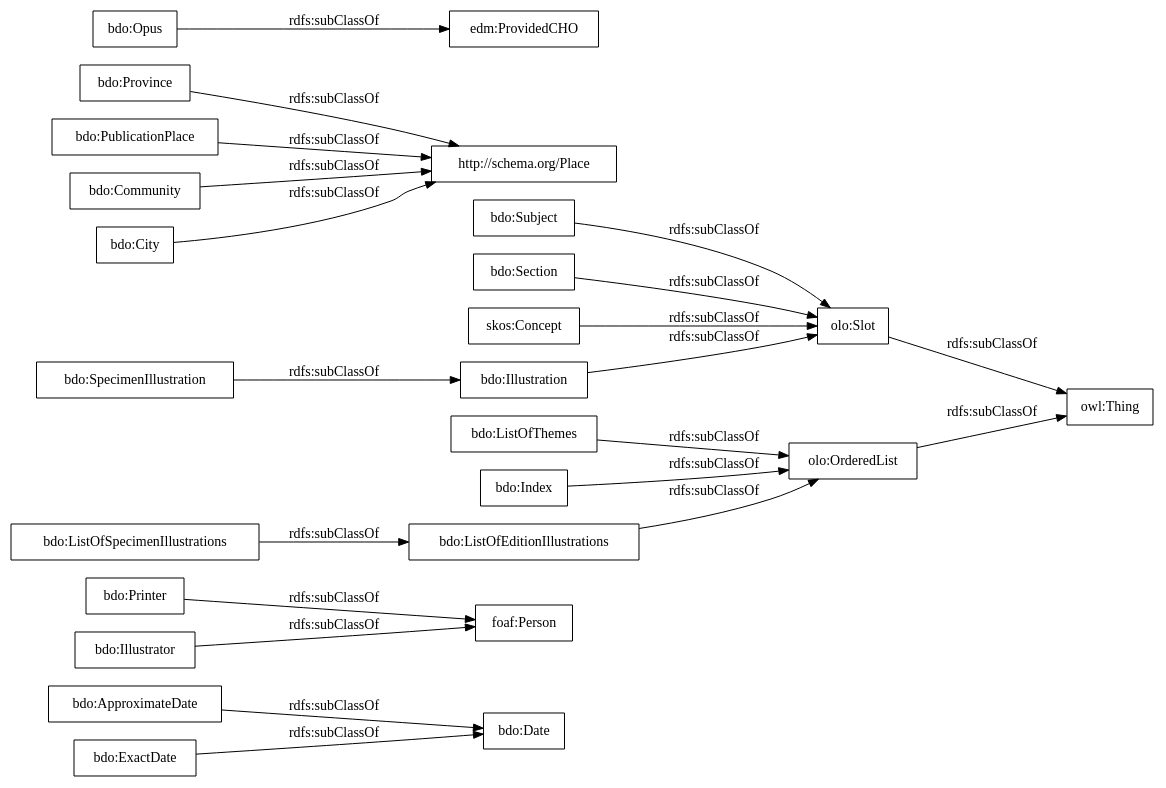
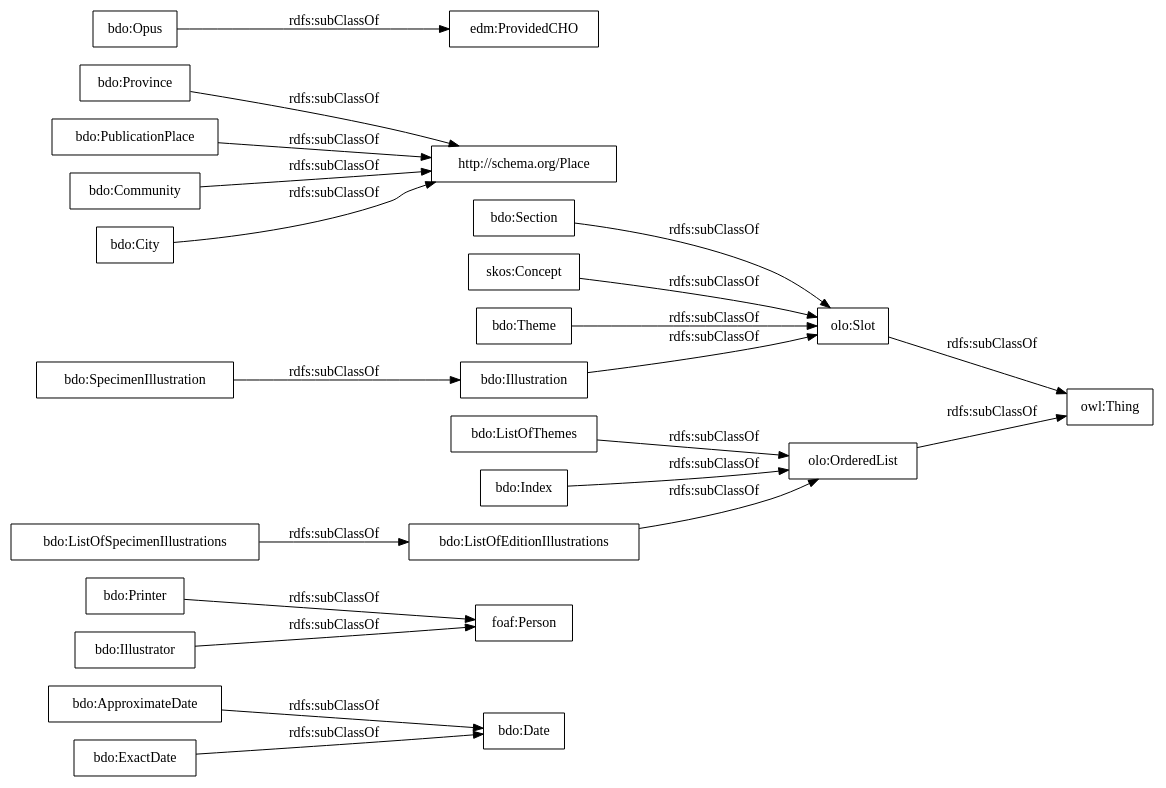
The diagram in OnToology/bdo_ontology.owl/diagrams/ar2dtool-taxonomy/bdo_ontology.owl.png.dot (OnToologyUser/Biblioteca-Digital-Ovidiana), drawn with Graphviz before and after one commit. The commit also changed 11 other files, not shown here.

```diff
--- a/OnToology/bdo_ontology.owl/diagrams/ar2dtool-taxonomy/bdo_ontology.owl.png.dot
+++ b/OnToology/bdo_ontology.owl/diagrams/ar2dtool-taxonomy/bdo_ontology.owl.png.dot
@@ -1,26 +1,26 @@
 digraph ar2dtool_diagram { 
 rankdir=LR;
 size="1000"
-node [shape = rectangle, color="black"]; "bdo:Date" "bdo:Printer" "bdo:ListOfEditionIllustrations" "bdo:ListOfThemes" "bdo:Subject" "bdo:Index" "bdo:Province" "bdo:PublicationPlace" "bdo:ListOfSpecimenIllustrations" "bdo:Illustrator" "bdo:Section" "foaf:Person" "bdo:SpecimenIllustration" "edm:ProvidedCHO" "bdo:ApproximateDate" "bdo:ExactDate" "bdo:Community" "skos:Concept" "bdo:Opus" "bdo:City" "http://schema.org/Place" "bdo:Illustration" "olo:Slot" "olo:OrderedList" ; /*classes style*/
+node [shape = rectangle, color="black"]; "bdo:Date" "bdo:Printer" "bdo:ListOfEditionIllustrations" "bdo:ListOfThemes" "bdo:Index" "bdo:Province" "bdo:PublicationPlace" "bdo:ListOfSpecimenIllustrations" "bdo:Illustrator" "bdo:Section" "foaf:Person" "bdo:SpecimenIllustration" "edm:ProvidedCHO" "bdo:ApproximateDate" "bdo:ExactDate" "bdo:Community" "skos:Concept" "bdo:Opus" "http://schema.org/Place" "bdo:City" "bdo:Theme" "bdo:Illustration" "olo:Slot" "olo:OrderedList" ; /*classes style*/
 	"skos:Concept" -> "olo:Slot" [ label = "rdfs:subClassOf" ];
 	"bdo:ExactDate" -> "bdo:Date" [ label = "rdfs:subClassOf" ];
 	"bdo:ListOfEditionIllustrations" -> "olo:OrderedList" [ label = "rdfs:subClassOf" ];
+	"bdo:Theme" -> "olo:Slot" [ label = "rdfs:subClassOf" ];
 	"bdo:Section" -> "olo:Slot" [ label = "rdfs:subClassOf" ];
-	"bdo:Subject" -> "olo:Slot" [ label = "rdfs:subClassOf" ];
 	"bdo:Opus" -> "edm:ProvidedCHO" [ label = "rdfs:subClassOf" ];
 	"olo:Slot" -> "owl:Thing" [ label = "rdfs:subClassOf" ];
 	"bdo:ListOfThemes" -> "olo:OrderedList" [ label = "rdfs:subClassOf" ];
 	"bdo:City" -> "http://schema.org/Place" [ label = "rdfs:subClassOf" ];
 	"bdo:Illustrator" -> "foaf:Person" [ label = "rdfs:subClassOf" ];
 	"olo:OrderedList" -> "owl:Thing" [ label = "rdfs:subClassOf" ];
 	"bdo:Index" -> "olo:OrderedList" [ label = "rdfs:subClassOf" ];
 	"bdo:ListOfSpecimenIllustrations" -> "bdo:ListOfEditionIllustrations" [ label = "rdfs:subClassOf" ];
 	"bdo:Illustration" -> "olo:Slot" [ label = "rdfs:subClassOf" ];
 	"bdo:PublicationPlace" -> "http://schema.org/Place" [ label = "rdfs:subClassOf" ];
 	"bdo:SpecimenIllustration" -> "bdo:Illustration" [ label = "rdfs:subClassOf" ];
 	"bdo:Province" -> "http://schema.org/Place" [ label = "rdfs:subClassOf" ];
 	"bdo:Community" -> "http://schema.org/Place" [ label = "rdfs:subClassOf" ];
 	"bdo:Printer" -> "foaf:Person" [ label = "rdfs:subClassOf" ];
 	"bdo:ApproximateDate" -> "bdo:Date" [ label = "rdfs:subClassOf" ];
 
 }
```
